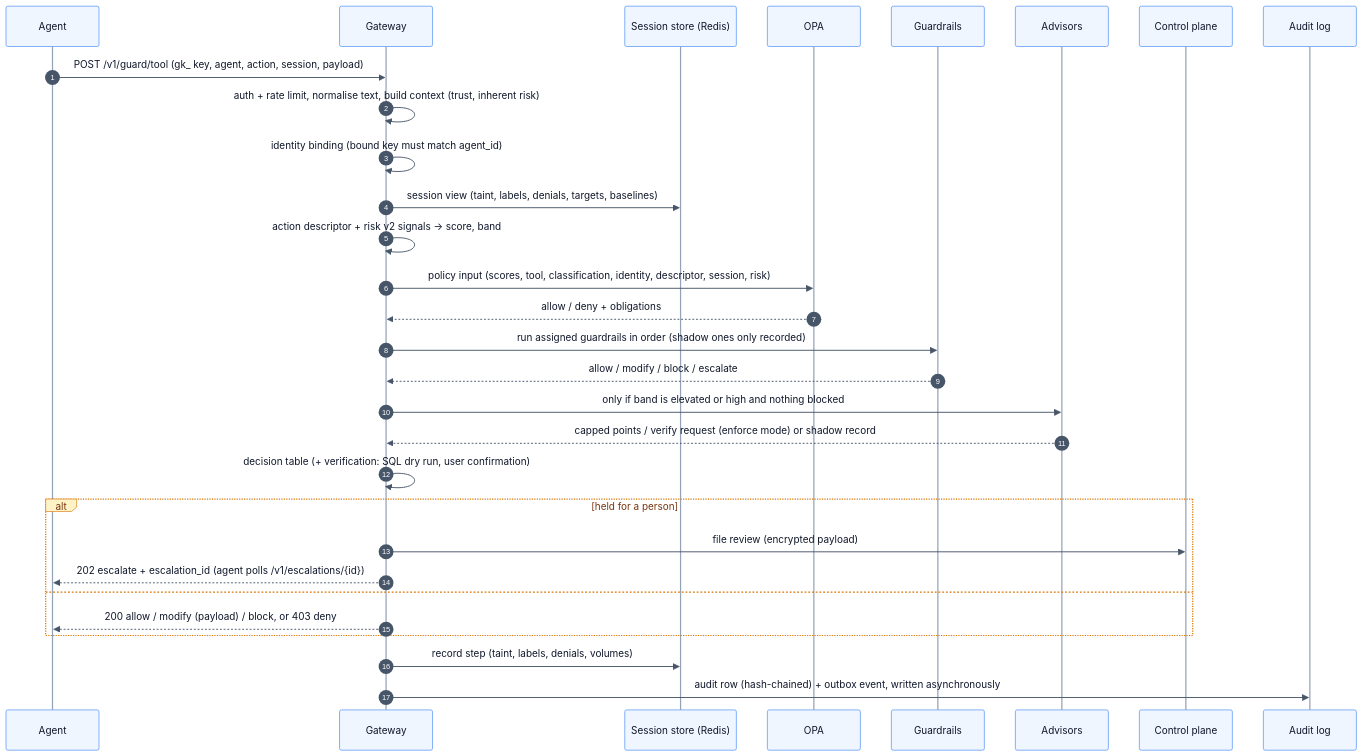
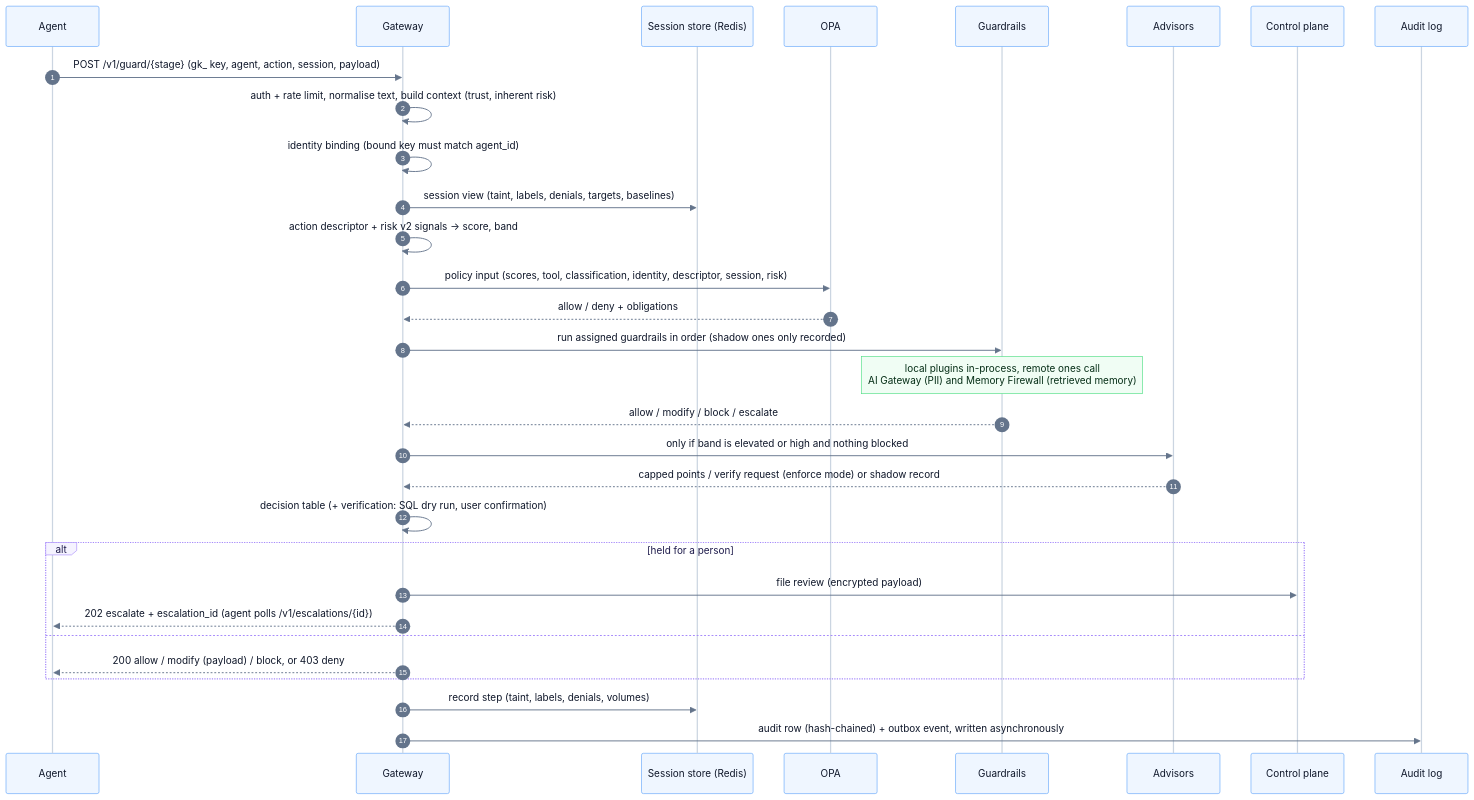
Before and after one commit to ramsha287/policy-guardrails-agent: the second of 5 diagrams in docs/architecture.md, drawn with Mermaid. The commit also changed other lines of this file and 65 other files, not shown here.

First line of the commit message:
Add Memory Firewall service, guardrail and console page

````diff
--- a/docs/architecture.md
+++ b/docs/architecture.md
@@ -75,33 +97,34 @@
 ```mermaid
-%%{init: {"theme": "base", "themeVariables": {"primaryTextColor": "#0f172a", "actorBkg": "#eff6ff", "actorBorder": "#3b82f6", "actorTextColor": "#0f172a", "actorLineColor": "#94a3b8", "signalColor": "#475569", "signalTextColor": "#0f172a", "labelBoxBkgColor": "#fef3c7", "labelBoxBorderColor": "#d97706", "labelTextColor": "#78350f", "loopTextColor": "#78350f", "altSectionBkgColor": "#f8fafc", "sequenceNumberColor": "#ffffff", "noteBkgColor": "#ecfdf5", "noteBorderColor": "#059669"}}}%%
+%%{init: {"theme": "base", "fontFamily": "Helvetica, Arial, sans-serif", "themeVariables": {"fontSize": "14px", "primaryTextColor": "#0f172a", "actorBkg": "#eff6ff", "actorBorder": "#60a5fa", "actorTextColor": "#0f172a", "actorLineColor": "#cbd5e1", "signalColor": "#64748b", "signalTextColor": "#0f172a", "labelBoxBkgColor": "#f5f3ff", "labelBoxBorderColor": "#a78bfa", "labelTextColor": "#1e1b4b", "loopTextColor": "#1e1b4b", "altSectionBkgColor": "#fbfcfe", "noteBkgColor": "#f0fdf4", "noteBorderColor": "#4ade80", "noteTextColor": "#052e16", "activationBkgColor": "#f0fdfa", "activationBorderColor": "#2dd4bf", "sequenceNumberColor": "#ffffff"}}}%%
 sequenceDiagram
   autonumber
   participant Ag as Agent
   participant GW as Gateway
   participant S as Session store (Redis)
   participant O as OPA
   participant G as Guardrails
   participant Adv as Advisors
   participant CP as Control plane
   participant DB as Audit log
-  Ag->>GW: POST /v1/guard/tool (gk_ key, agent, action, session, payload)
+  Ag->>GW: POST /v1/guard/{stage} (gk_ key, agent, action, session, payload)
   GW->>GW: auth + rate limit, normalise text, build context (trust, inherent risk)
   GW->>GW: identity binding (bound key must match agent_id)
   GW->>S: session view (taint, labels, denials, targets, baselines)
   GW->>GW: action descriptor + risk v2 signals → score, band
   GW->>O: policy input (scores, tool, classification, identity, descriptor, session, risk)
   O-->>GW: allow / deny + obligations
   GW->>G: run assigned guardrails in order (shadow ones only recorded)
+  Note over G: local plugins in-process, remote ones call<br/>AI Gateway (PII) and Memory Firewall (retrieved memory)
   G-->>GW: allow / modify / block / escalate
   GW->>Adv: only if band is elevated or high and nothing blocked
   Adv-->>GW: capped points / verify request (enforce mode) or shadow record
   GW->>GW: decision table (+ verification: SQL dry run, user confirmation)
   alt held for a person
     GW->>CP: file review (encrypted payload)
     GW-->>Ag: 202 escalate + escalation_id (agent polls /v1/escalations/{id})
   else
     GW-->>Ag: 200 allow / modify (payload) / block, or 403 deny
   end
   GW->>S: record step (taint, labels, denials, volumes)
   GW->>DB: audit row (hash-chained) + outbox event, written asynchronously
 ```
````
